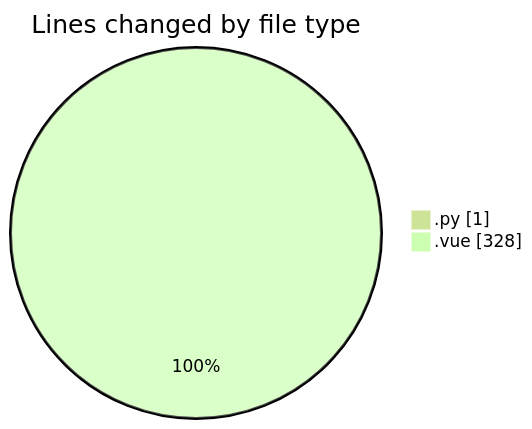
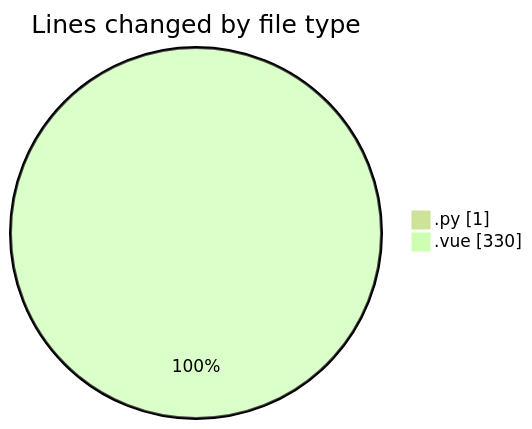
Before and after one commit to jcpc91/code-tracking: the first of 2 diagrams in 2025-05-12/cancelacionsegurosvida/README.md, drawn with Mermaid (forest theme). The commit also changed other lines of this file and 1 other file, not shown here.

````diff
--- a/2025-05-12/cancelacionsegurosvida/README.md
+++ b/2025-05-12/cancelacionsegurosvida/README.md
@@ -23,6 +23,6 @@
 ```mermaid
 pie showData
 title Lines changed by file type
 ".py" : 1
-".vue" : 328
+".vue" : 330
 ```
````
